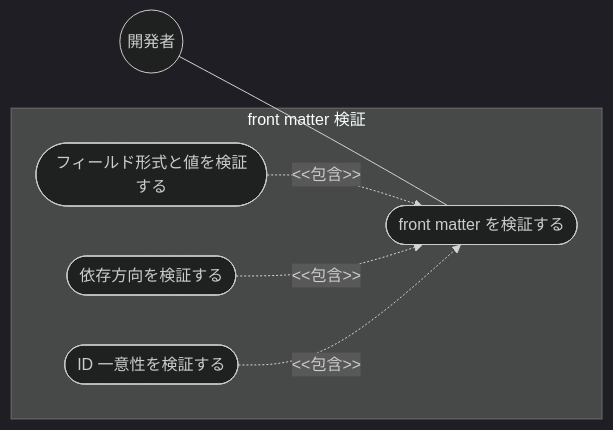
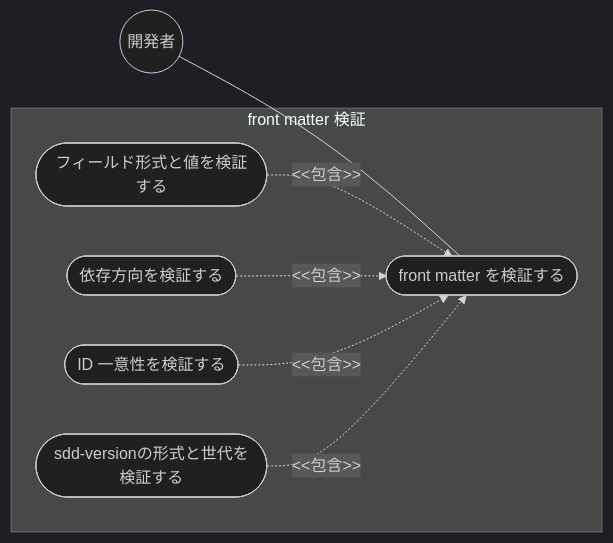
One commit to ToshikiImagawa/ai-sdd-workflow-dev changed the first of 2 diagrams in .sdd/requirement/quality-guardrails/front-matter-validation.md. Above: the diagram before and after it, drawn with Mermaid. The commit also changed other lines of this file and 22 other files, not shown here.

First line of the commit message:
[add] sdd-version の読み取り側実装を追加し世代判別・移行漏れ検知に活用する (#105)

````diff
--- a/.sdd/requirement/quality-guardrails/front-matter-validation.md
+++ b/.sdd/requirement/quality-guardrails/front-matter-validation.md
@@ -39,17 +39,19 @@
 ```mermaid
 %%{init: {'theme': 'dark'}}%%
 flowchart LR
     Developer((開発者))
 
     subgraph FrontMatterValidation["front matter 検証"]
         ValidateFM([front matter を検証する])
         CheckFormat([フィールド形式と値を検証する])
         CheckDependency([依存方向を検証する])
         CheckUniqueness([ID 一意性を検証する])
+        CheckSddVersion([sdd-versionの形式と世代を検証する])
     end
 
     Developer --- ValidateFM
     CheckFormat -.->|"<<包含>>"| ValidateFM
     CheckDependency -.->|"<<包含>>"| ValidateFM
     CheckUniqueness -.->|"<<包含>>"| ValidateFM
+    CheckSddVersion -.->|"<<包含>>"| ValidateFM
 ```
````
